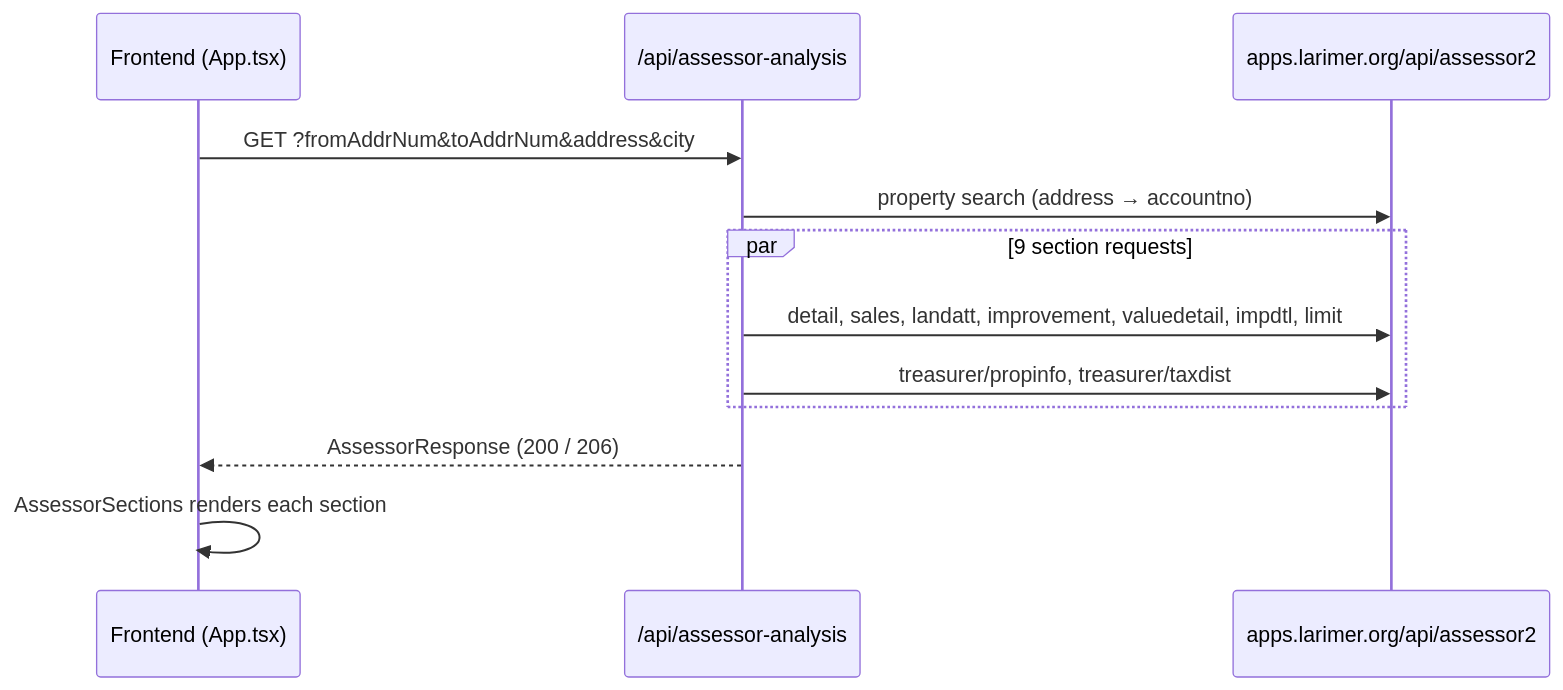
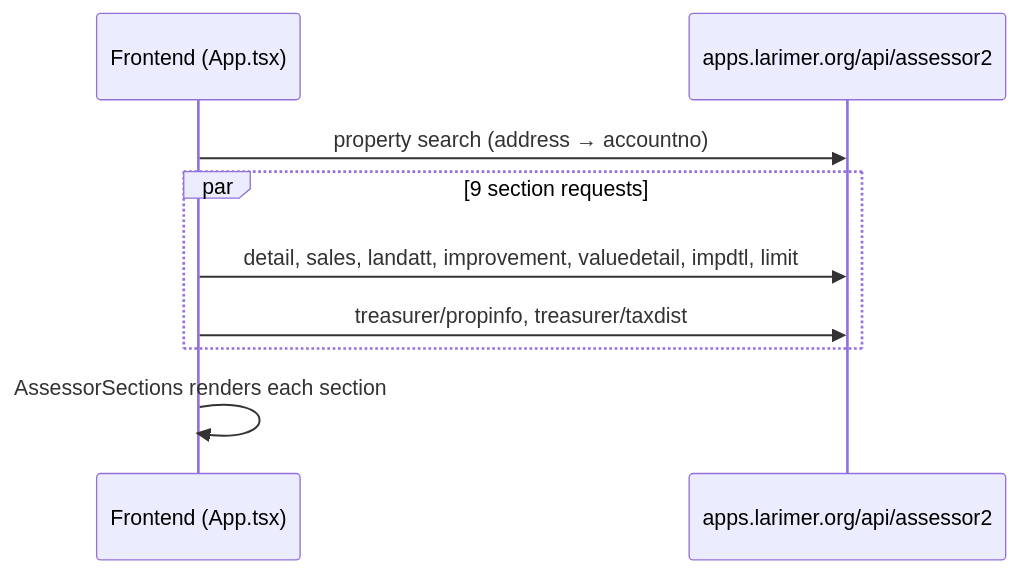
One commit to envious777/home-search changed the diagram in README.md. Above: the diagram before and after it, drawn with Mermaid. The commit also changed other lines of this file and 5 other files, not shown here.

Commit message:
Move assessor-analysis to front-end solution

````diff
--- a/README.md
+++ b/README.md
@@ -120,14 +124,11 @@
 ```mermaid
 sequenceDiagram
   participant UI as Frontend (App.tsx)
-  participant API as /api/assessor-analysis
   participant LC as apps.larimer.org/api/assessor2
-  UI->>API: GET ?fromAddrNum&toAddrNum&address&city
-  API->>LC: property search (address → accountno)
+  UI->>LC: property search (address → accountno)
   par 9 section requests
-    API->>LC: detail, sales, landatt, improvement, valuedetail, impdtl, limit
-    API->>LC: treasurer/propinfo, treasurer/taxdist
+    UI->>LC: detail, sales, landatt, improvement, valuedetail, impdtl, limit
+    UI->>LC: treasurer/propinfo, treasurer/taxdist
   end
-  API-->>UI: AssessorResponse (200 / 206)
   UI->>UI: AssessorSections renders each section
 ```
````
